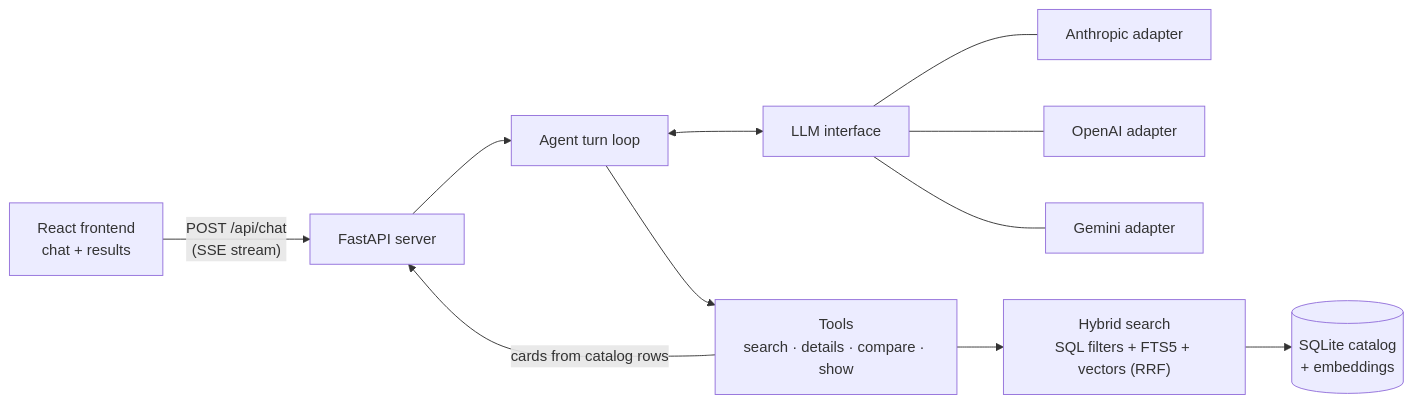
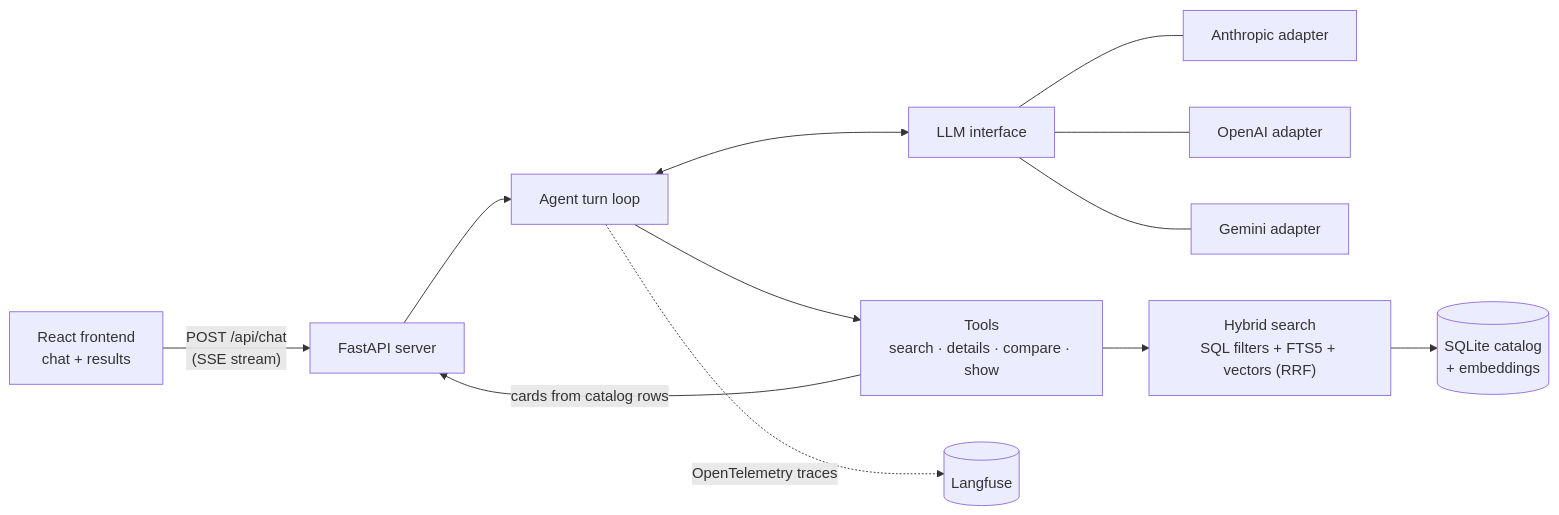
One commit to kumaranupam-personal/ai_shopping_assistant changed the diagram in README.md. Above: the diagram before and after it, drawn with Mermaid. The commit also changed other lines of this file and 3 other files, not shown here.

````diff
--- a/README.md
+++ b/README.md
@@ -32,13 +33,14 @@
 ```mermaid
 flowchart LR
     UI["React frontend<br/>chat + results"] -- "POST /api/chat<br/>(SSE stream)" --> API["FastAPI server"]
     API --> Loop["Agent turn loop"]
     Loop <--> LLM["LLM interface"]
     LLM --- A["Anthropic adapter"]
     LLM --- O["OpenAI adapter"]
     LLM --- G["Gemini adapter"]
     Loop --> Tools["Tools<br/>search · details · compare · show"]
     Tools --> Search["Hybrid search<br/>SQL filters + FTS5 + vectors (RRF)"]
     Search --> Catalog[("SQLite catalog<br/>+ embeddings")]
     Tools -- "cards from catalog rows" --> API
+    Loop -. "OpenTelemetry traces" .-> Langfuse[("Langfuse")]
 ```
````
